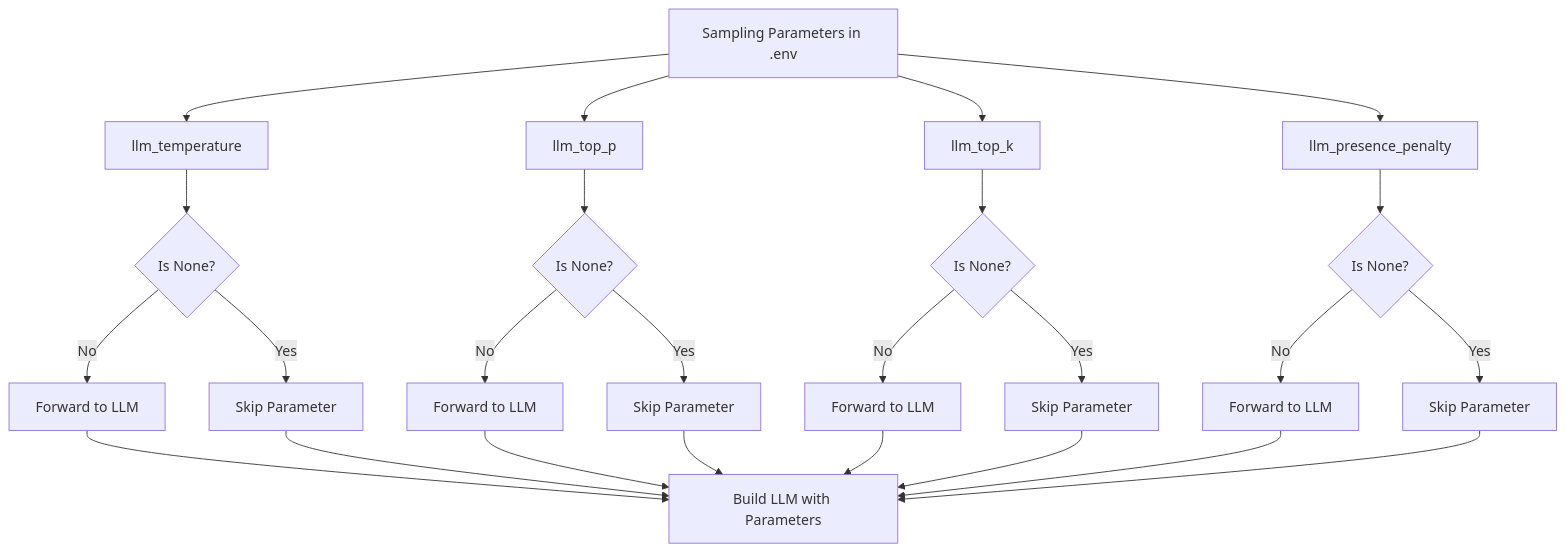
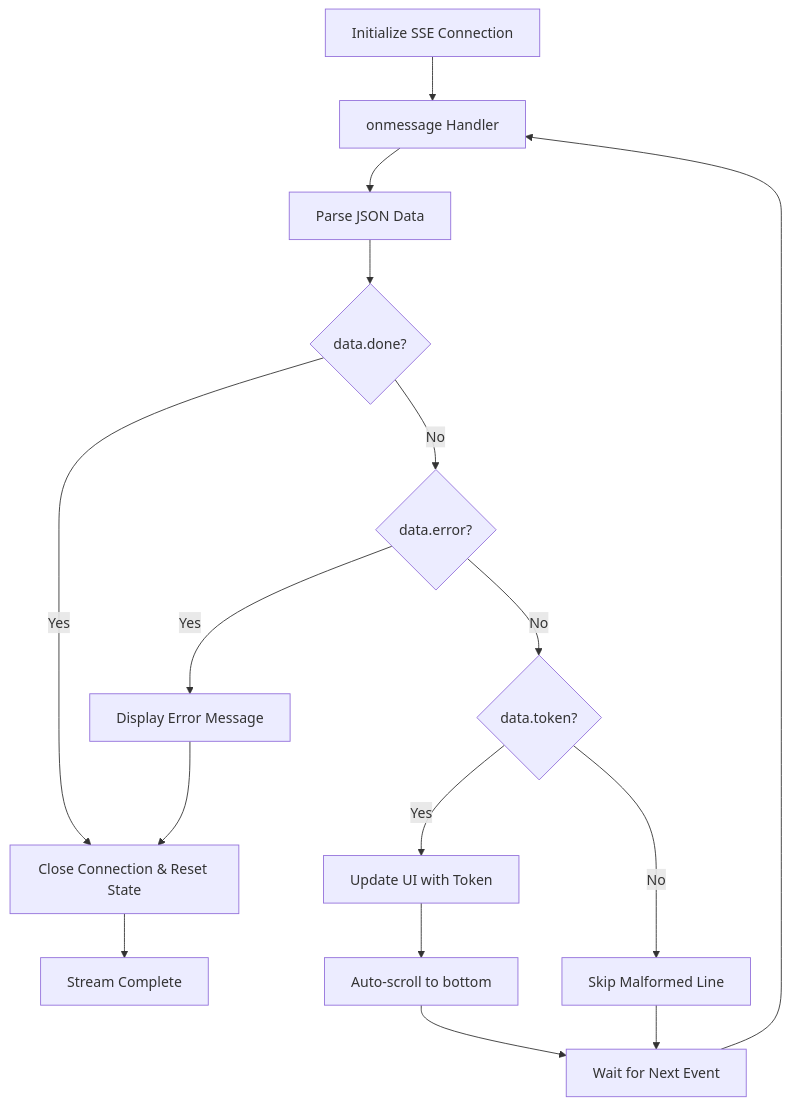
One commit to ognelis/cafetera_hr_bot changed diagram 12 of 23 in .qoder/repowiki/en/content/API Reference/RAG Microservice Architecture.md. Above: the diagram before and after it, drawn with Mermaid. The commit also changed other lines of this file and 51 other files, not shown here.

````diff
--- a/.qoder/repowiki/en/content/API Reference/RAG Microservice Architecture.md
+++ b/.qoder/repowiki/en/content/API Reference/RAG Microservice Architecture.md
@@ -264,27 +622,18 @@
 ```mermaid
 flowchart TD
-Config["Sampling Parameters in .env"] --> Temperature["llm_temperature"]
-Config --> TopP["llm_top_p"]
-Config --> TopK["llm_top_k"]
-Config --> Presence["llm_presence_penalty"]
-Temperature --> CheckTemp{"Is None?"}
-TopP --> CheckTopP{"Is None?"}
-TopK --> CheckTopK{"Is None?"}
-Presence --> CheckPresence{"Is None?"}
-CheckTemp --> |No| ForwardTemp["Forward to LLM"]
-CheckTemp --> |Yes| SkipTemp["Skip Parameter"]
-CheckTopP --> |No| ForwardTopP["Forward to LLM"]
-CheckTopP --> |Yes| SkipTopP["Skip Parameter"]
-CheckTopK --> |No| ForwardTopK["Forward to LLM"]
-CheckTopK --> |Yes| SkipTopK["Skip Parameter"]
-CheckPresence --> |No| ForwardPresence["Forward to LLM"]
-CheckPresence --> |Yes| SkipPresence["Skip Parameter"]
-ForwardTemp --> BuildLLM["Build LLM with Parameters"]
-ForwardTopP --> BuildLLM
-ForwardTopK --> BuildLLM
-ForwardPresence --> BuildLLM
-SkipTemp --> BuildLLM
-SkipTopP --> BuildLLM
-SkipTopK --> BuildLLM
-SkipPresence --> BuildLLM
+Init["Initialize SSE Connection"] --> OnMessage["onmessage Handler"]
+OnMessage --> ParseData["Parse JSON Data"]
+ParseData --> CheckDone{"data.done?"}
+CheckDone --> |Yes| CloseStream["Close Connection & Reset State"]
+CheckDone --> |No| CheckError{"data.error?"}
+CheckError --> |Yes| ShowError["Display Error Message"]
+CheckError --> |No| CheckToken{"data.token?"}
+CheckToken --> |Yes| UpdateUI["Update UI with Token"]
+CheckToken --> |No| SkipLine["Skip Malformed Line"]
+ShowError --> CloseStream
+UpdateUI --> ScrollToBottom["Auto-scroll to bottom"]
+ScrollToBottom --> WaitNext["Wait for Next Event"]
+WaitNext --> OnMessage
+SkipLine --> WaitNext
+CloseStream --> End["Stream Complete"]
 ```
````
